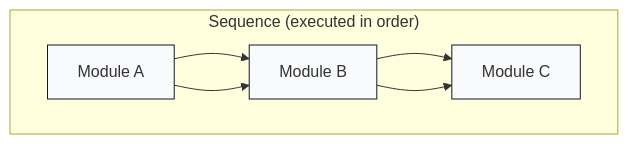
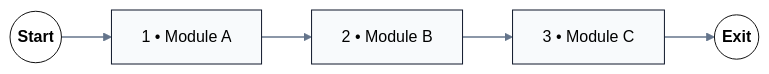
The third of 7 diagrams in Chapter 2 - Preliminaries/README.md (M-F-Tushar/CSE-2101-Data-Structure), drawn with Mermaid before and after one commit. The commit also changed other lines of this file, not shown here.

````diff
--- a/Chapter 2 - Preliminaries/README.md
+++ b/Chapter 2 - Preliminaries/README.md
@@ -511,10 +515,10 @@
 ```mermaid
 flowchart LR
-    %% Sequence logic: simple left-to-right modules
-    classDef seq fill:#f8fafc,stroke:#0f172a
-    A["Module A"]:::seq --> B["Module B"]:::seq --> C["Module C"]:::seq
-    subgraph SeqNote["Sequence (executed in order)"]
-        direction LR
-        A --> B --> C
-    end
+    %% Sequence logic with explicit start/stop terminals
+    classDef terminal fill:#ffffff,stroke:#111,color:#000,font-weight:600;
+    classDef process fill:#f8fafc,stroke:#0f172a,color:#000;
+
+    Start((Start)):::terminal --> Step1["1 • Module A"]:::process --> Step2["2 • Module B"]:::process --> Step3["3 • Module C"]:::process --> End((Exit)):::terminal
+
+    linkStyle default stroke:#64748b,stroke-width:1.5px
 ```
````
